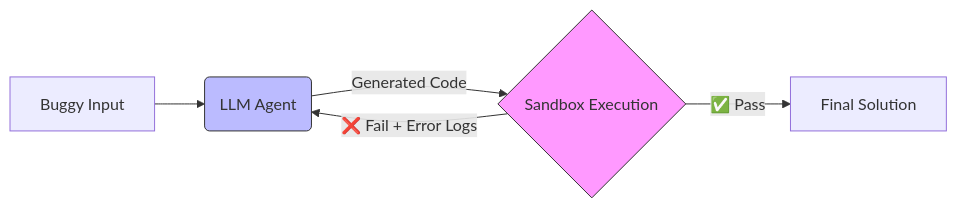
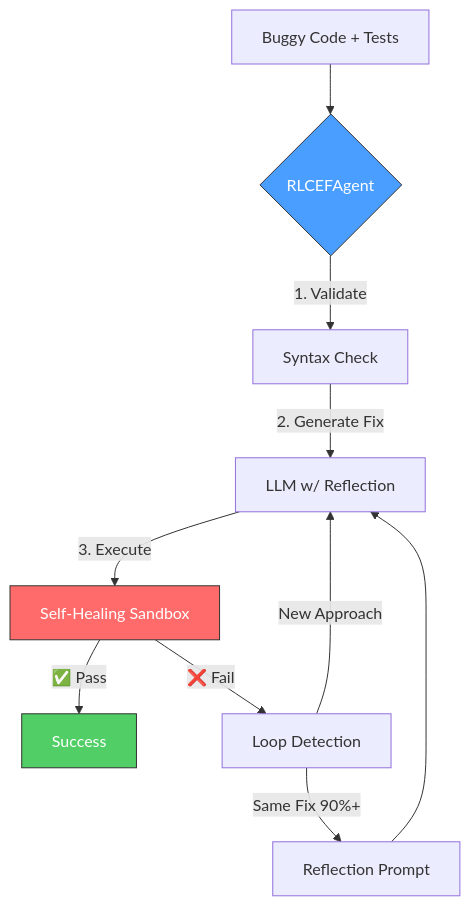
One commit to mayankiitkgp/poolside-rlcef-agent changed the diagram in README.md. Above: the diagram before and after it, drawn with Mermaid. The commit also changed other lines of this file, not shown here.

````diff
--- a/README.md
+++ b/README.md
@@ -76,9 +91,16 @@
 ```mermaid
-flowchart LR
-    A[Buggy Input] --> B(LLM Agent)
-    B -->|Generated Code| C{Sandbox Execution}
-    C -->|✅ Pass| D[Final Solution]
-    C -->|❌ Fail + Error Logs| B
-    style C fill:#f9f,stroke:#333
-    style B fill:#bbf,stroke:#333
+flowchart TD
+    A[Buggy Code + Tests] --> B{RLCEFAgent}
+    B -->|1. Validate| C[Syntax Check]
+    C -->|2. Generate Fix| D[LLM w/ Reflection]
+    D -->|3. Execute| E[Self-Healing Sandbox]
+    E -->|✅ Pass| F[Success]
+    E -->|❌ Fail| G[Loop Detection]
+    G -->|New Approach| D
+    G -->|Same Fix 90%+| H[Reflection Prompt]
+    H --> D
+    
+    style B fill:#4a9eff,stroke:#333,color:#fff
+    style E fill:#ff6b6b,stroke:#333,color:#fff
+    style F fill:#51cf66,stroke:#333,color:#fff
 ```
````
